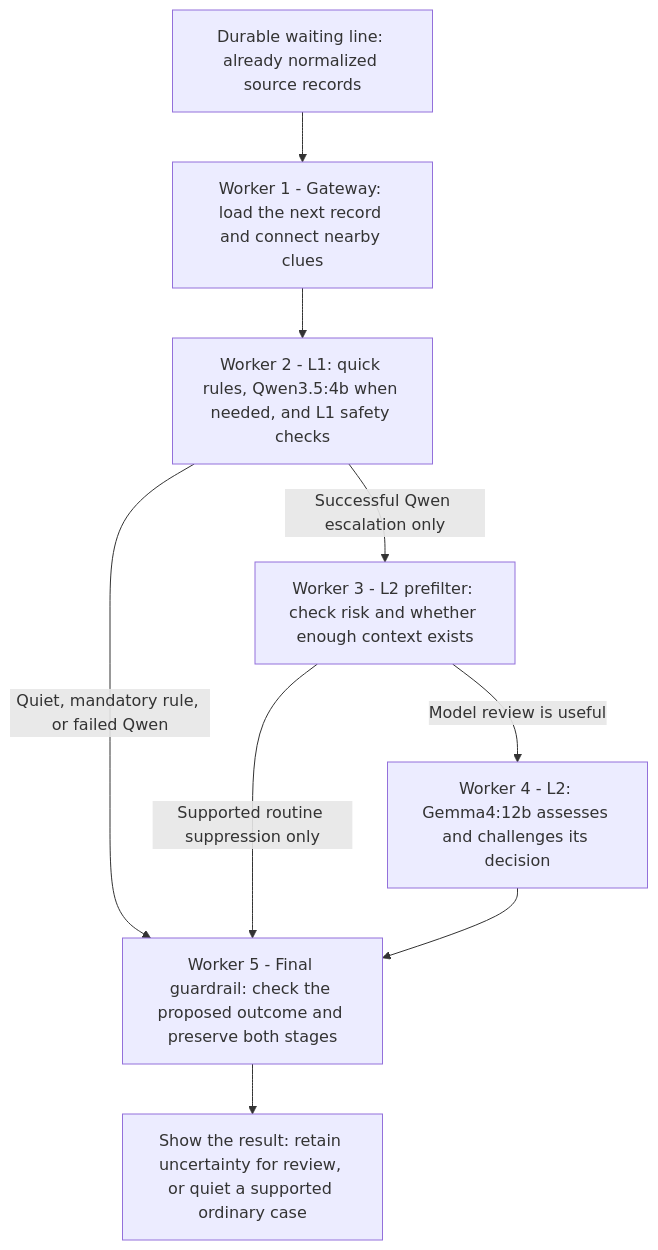
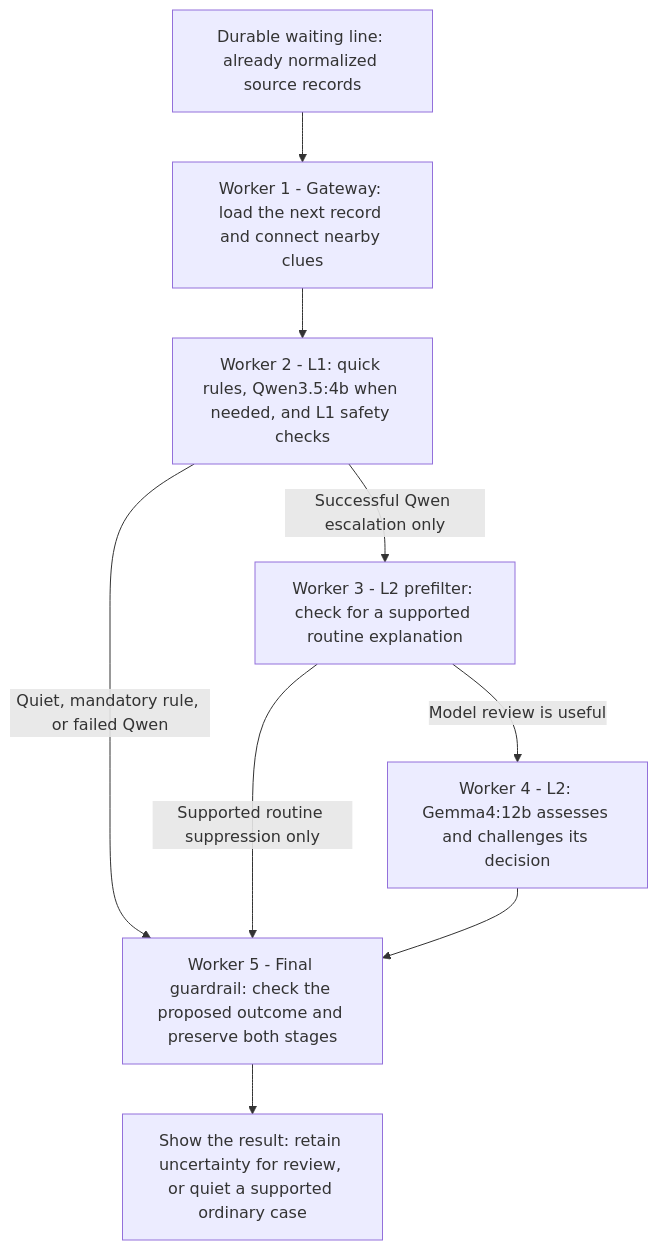
One commit to Haryshwa29/Arbiter-AI changed the diagram in docs/FIVE-WORKER-PIPELINE.md. Above: the diagram before and after it, drawn with Mermaid. The commit also changed other lines of this file and 5 other files, not shown here.

````diff
--- a/docs/FIVE-WORKER-PIPELINE.md
+++ b/docs/FIVE-WORKER-PIPELINE.md
@@ -12,16 +12,16 @@
 ```mermaid
 flowchart TD
     Q[Durable waiting line: already normalized source records]
     G[Worker 1 - Gateway: load the next record and connect nearby clues]
     A[Worker 2 - L1: quick rules, Qwen3.5:4b when needed, and L1 safety checks]
-    P[Worker 3 - L2 prefilter: check risk and whether enough context exists]
+    P[Worker 3 - L2 prefilter: check for a supported routine explanation]
     B[Worker 4 - L2: Gemma4:12b assesses and challenges its decision]
     F[Worker 5 - Final guardrail: check the proposed outcome and preserve both stages]
     V[Show the result: retain uncertainty for review, or quiet a supported ordinary case]
     Q --> G --> A
     A -->|Successful Qwen escalation only| P
     A -->|Quiet, mandatory rule, or failed Qwen| F
     P -->|Model review is useful| B
     P -->|Supported routine suppression only| F
     B --> F --> V
 ```
````
